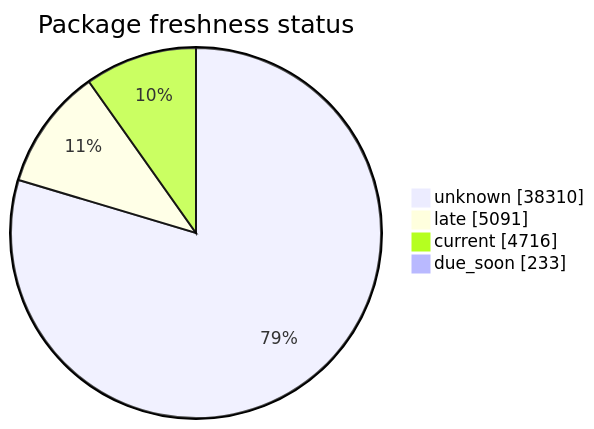
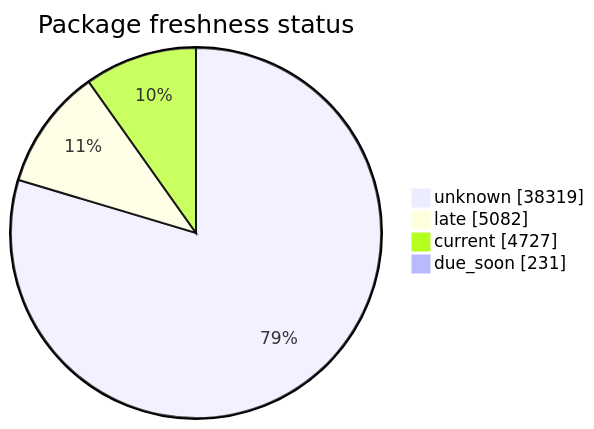
The second of 5 diagrams in FreshCheck/README.md (open-data/analytics-corporate-reporting), drawn with Mermaid before and after one commit. The commit also changed other lines of this file and 3 other files, not shown here.

````diff
--- a/FreshCheck/README.md
+++ b/FreshCheck/README.md
@@ -68,7 +68,7 @@
 ```mermaid
 pie showData title Package freshness status
-    "unknown": 38310
-    "late": 5091
-    "current": 4716
-    "due_soon": 233
+    "unknown": 38319
+    "late": 5082
+    "current": 4727
+    "due_soon": 231
 ```
````
